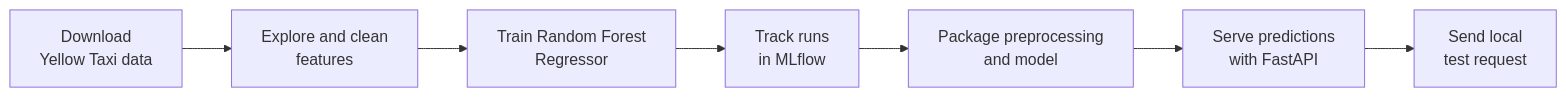
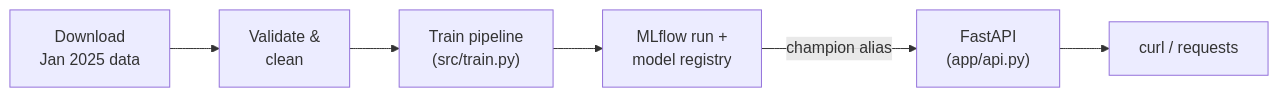
Before and after one commit to Lucaisok/NYC_taxi_duration_service: the diagram in README.md, drawn with Mermaid. The commit also changed other lines of this file and 1 other file, not shown here.

````diff
--- a/README.md
+++ b/README.md
@@ -16,9 +7,8 @@
 ```mermaid
 flowchart LR
-    A["Download<br>Yellow Taxi data"] --> B["Explore and clean<br>features"]
-    B --> C["Train Random Forest<br>Regressor"]
-    C --> D["Track runs<br>in MLflow"]
-    D --> E["Package preprocessing<br>and model"]
-    E --> F["Serve predictions<br>with FastAPI"]
-    F --> G["Send local<br>test request"]
+    A["Download<br>Jan 2025 data"] --> B["Validate &<br>clean"]
+    B --> C["Train pipeline<br>(src/train.py)"]
+    C --> D["MLflow run +<br>model registry"]
+    D -->|"champion alias"| E["FastAPI<br>(app/api.py)"]
+    E --> F["curl / requests"]
 ```
````
